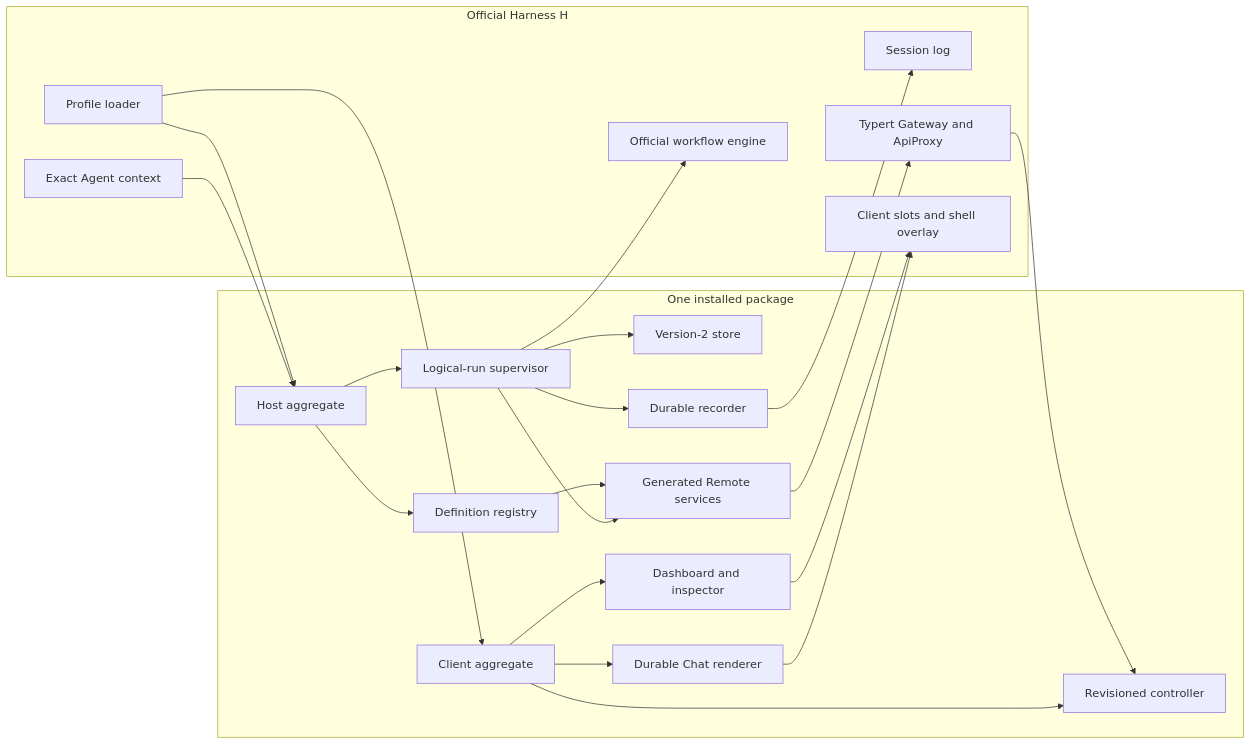
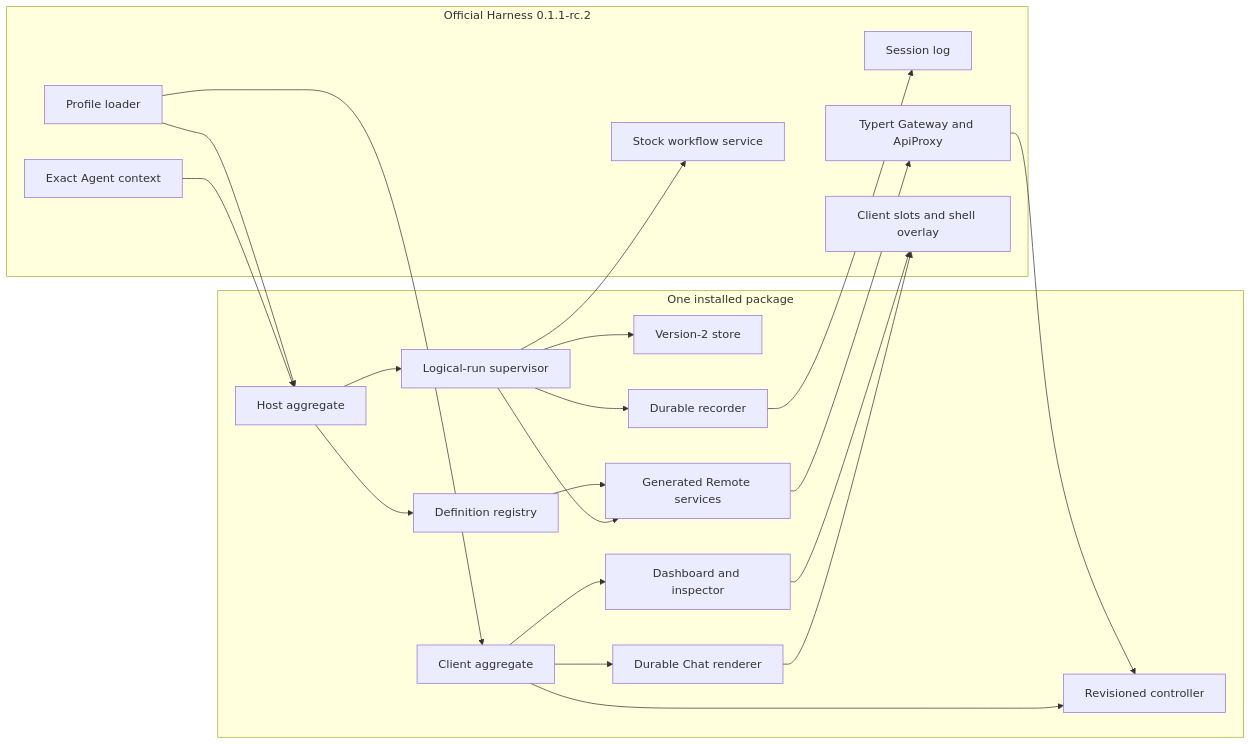
One commit to zaalipro/dsh-workflows changed the first of 2 diagrams in docs/architecture.md. Above: the diagram before and after it, drawn with Mermaid. The commit also changed other lines of this file and 178 other files, not shown here.

````diff
--- a/docs/architecture.md
+++ b/docs/architecture.md
@@ -24,35 +24,35 @@
 ```mermaid
 flowchart LR
-  subgraph H[Official Harness H]
+  subgraph H[Official Harness 0.1.1-rc.2]
     Loader[Profile loader]
-    Engine[Official workflow engine]
+    Engine[Stock workflow service]
     Agent[Exact Agent context]
     Session[Session log]
     Gateway[Typert Gateway and ApiProxy]
     Slots[Client slots and shell overlay]
   end
   subgraph Package[One installed package]
     Host[Host aggregate]
     Registry[Definition registry]
     Supervisor[Logical-run supervisor]
     Store[Version-2 store]
     Recorder[Durable recorder]
     Remote[Generated Remote services]
     Client[Client aggregate]
     Controller[Revisioned controller]
     Dashboard[Dashboard and inspector]
     Chat[Durable Chat renderer]
   end
   Loader --> Host
   Host --> Registry
   Host --> Supervisor
   Supervisor --> Engine
   Supervisor --> Store
   Agent --> Host
   Supervisor --> Recorder --> Session
   Registry --> Remote
   Supervisor --> Remote --> Gateway --> Controller
   Loader --> Client --> Controller
   Client --> Dashboard --> Slots
   Client --> Chat --> Slots
 ```
````
